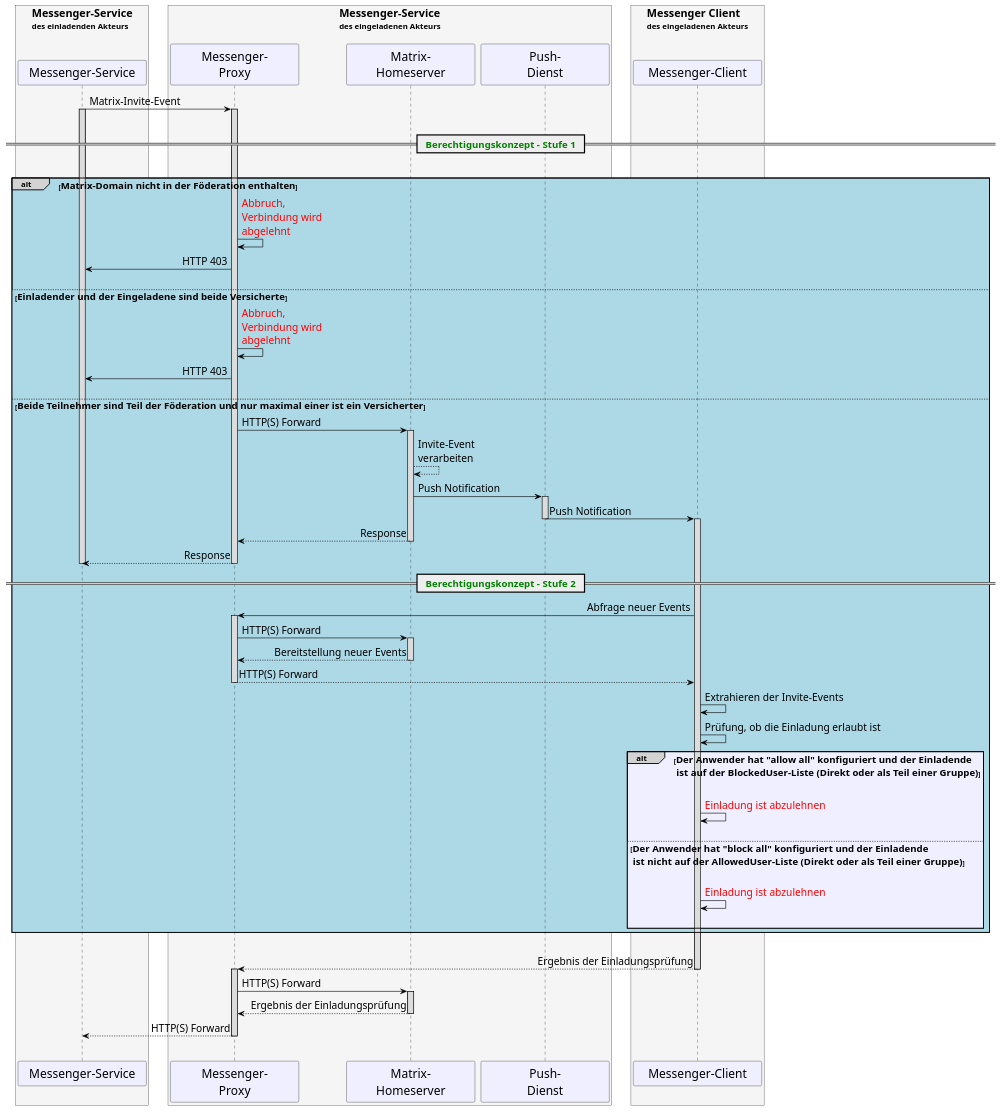
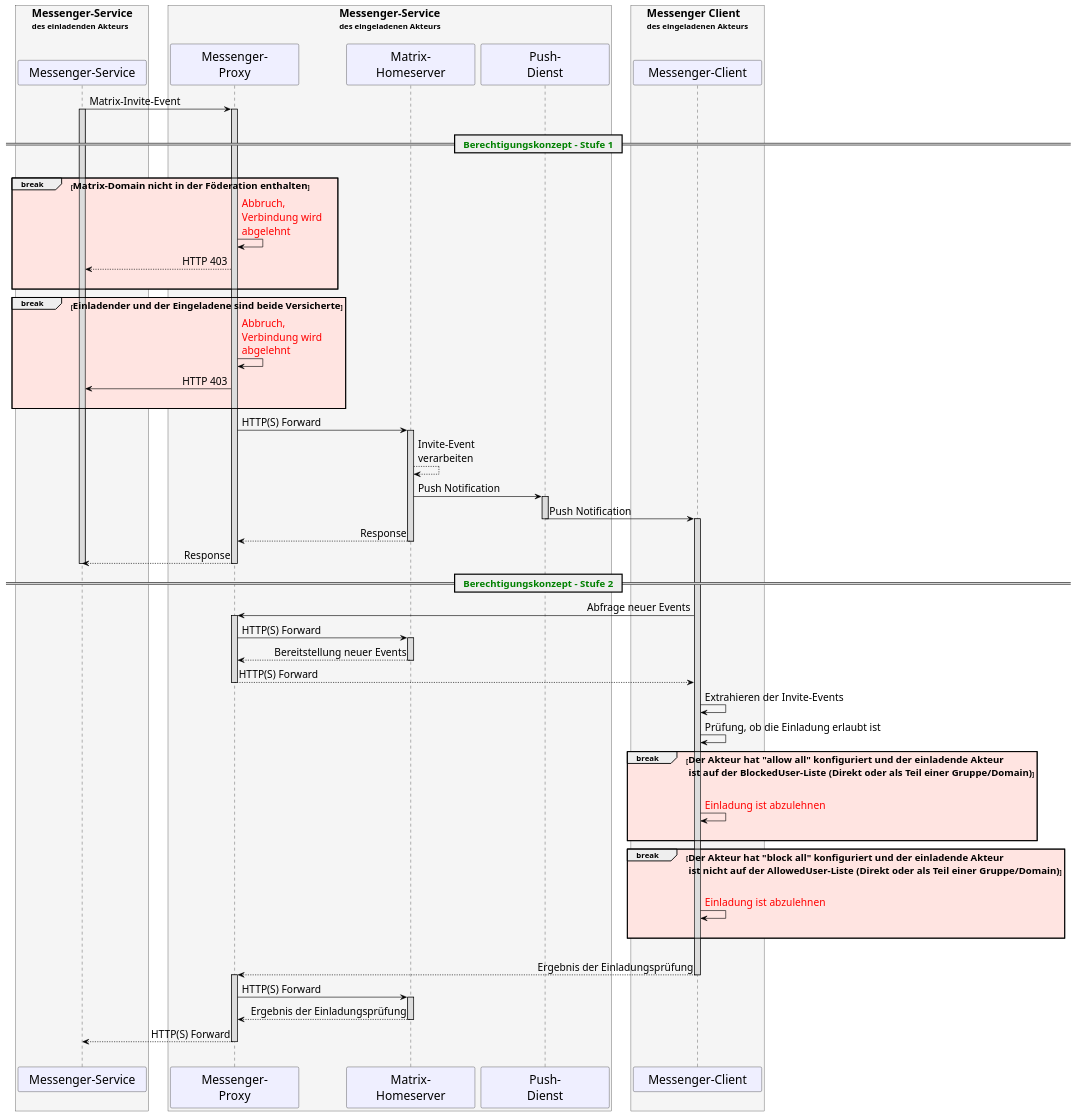
Before and after one commit to gematik/api-ti-messenger: the diagram in src/plantuml/TI-M_ePA/UC_Approvel_List_Seq_fdv.puml, drawn with PlantUML. The commit also changed 1 other file, not shown here.

Commit message:
added break blocks

```diff
--- a/src/plantuml/TI-M_ePA/UC_Approvel_List_Seq_fdv.puml
+++ b/src/plantuml/TI-M_ePA/UC_Approvel_List_Seq_fdv.puml
@@ -8,102 +8,105 @@
 @startuml
 skinparam sequenceMessageAlign direction
 skinparam minClassWidth 200
 skinparam BoxPadding 15
 skinparam sequenceReferenceHeaderBackgroundColor palegreen
 scale max 2048 width
 
 skinparam sequence {
   ArrowColor black
   ArrowFontSize 17
   ActorBorderColor black
   LifeLineBorderColor black
   LifeLineBackgroundColor Gainsboro
 
   ParticipantBorderColor Motivation
   ParticipantBackgroundColor Motivation
+
   ParticipantFontSize 20
   ParticipantFontColor black
   ParticipantBorderColor Black
   ParticipantBackgroundColor MOTIVATION
 
   ActorBackgroundColor Gainsboro
   ActorFontColor black
   ActorFontSize 20
   ActorFontName Aapex
 }
 box <size:18>Messenger-Service\ndes einladenden Akteurs\n #WhiteSmoke
 participant MS as "Messenger-Service"
 end box
 box <size:18>Messenger-Service\ndes eingeladenen Akteurs\n #WhiteSmoke
 participant MP2 as "Messenger-\nProxy"
 participant MH2 as "Matrix-\nHomeserver"
 participant PG as "Push-\nDienst"
 end box
 box <size:18>Messenger Client\ndes eingeladenen Akteurs\n #WhiteSmoke
 participant MC2 as "Messenger-Client"
 end box
 MS->MP2:Matrix-Invite-Event
 activate MP2
 activate MS
 |||
 == <font color=green><size:16>  Berechtigungskonzept - Stufe 1</size></font>  ==
 |||
-alt#LightGrey #LightBlue <size:16>Matrix-Domain nicht in der Föderation enthalten</size>
+break #MistyRose <size:16>Matrix-Domain nicht in der Föderation enthalten</size>
+  MP2->MP2:<font color=red>Abbruch, \n<font color=red>Verbindung wird \n<font color=red>abgelehnt</font>
+  MP2-->MS: HTTP 403
+  |||
+  end
+break  #MistyRose <size:16>Einladender und der Eingeladene sind beide Versicherte</size>
   MP2->MP2:<font color=red>Abbruch, \n<font color=red>Verbindung wird \n<font color=red>abgelehnt</font>
   MP2->MS: HTTP 403
   |||
+  end
 
-else  <size:16>Einladender und der Eingeladene sind beide Versicherte</size>
-  MP2->MP2:<font color=red>Abbruch, \n<font color=red>Verbindung wird \n<font color=red>abgelehnt</font>
-  MP2->MS: HTTP 403
-  |||
-
-else  <size:16>Beide Teilnehmer sind Teil der Föderation und nur maximal einer ist ein Versicherter</size>
   MP2->MH2: HTTP(S) Forward
   activate MH2
   MH2-->MH2: Invite-Event \nverarbeiten
   MH2->PG++: Push Notification
   PG->MC2--: Push Notification
   activate MC2
   MH2-->MP2: Response
   deactivate MH2
   MP2-->MS: Response
   deactivate MP2
   deactivate MS
 
 == <font color=green><size:16>  Berechtigungskonzept - Stufe 2</size></font>  ==
   MC2->MP2: Abfrage neuer Events
   activate MP2
   MP2->MH2: HTTP(S) Forward
   activate MH2
   MH2-->MP2: Bereitstellung neuer Events
   deactivate MH2
   MP2-->MC2: HTTP(S) Forward
   deactivate MP2
 
   MC2->MC2: Extrahieren der Invite-Events
   MC2->MC2: Prüfung, ob die Einladung erlaubt ist
 
-  alt#LightGrey #MOTIVATION <size:16>Der Anwender hat "allow all" konfiguriert und der Einladende\n<size:16> ist auf der BlockedUser-Liste (Direkt oder als Teil einer Gruppe)</size>
-    |||
-    MC2->MC2:<font color=red>Einladung ist abzulehnen</font>
-    |||
-  else <size:16>Der Anwender hat "block all" konfiguriert und der Einladende\n<size:16> ist nicht auf der AllowedUser-Liste (Direkt oder als Teil einer Gruppe)</size>
+  break #MistyRose <size:16>Der Akteur hat "allow all" konfiguriert und der einladende Akteur\n<size:16> ist auf der BlockedUser-Liste (Direkt oder als Teil einer Gruppe/Domain)</size>
     |||
     MC2->MC2:<font color=red>Einladung ist abzulehnen</font>
     |||
   end
-end
+
+  break #MistyRose <size:16>Der Akteur hat "block all" konfiguriert und der einladende Akteur\n<size:16> ist nicht auf der AllowedUser-Liste (Direkt oder als Teil einer Gruppe/Domain)</size>
+    |||
+    MC2->MC2:<font color=red>Einladung ist abzulehnen</font>
+    |||
+  end
+
 
 |||
 MC2-->MP2: Ergebnis der Einladungsprüfung
 deactivate MC2
 activate MP2
 MP2->MH2: HTTP(S) Forward
 activate MH2
 MH2-->MP2: Ergebnis der Einladungsprüfung
 deactivate MH2
 MP2-->MS: HTTP(S) Forward
 deactivate MP2
 |||
 @enduml
```
